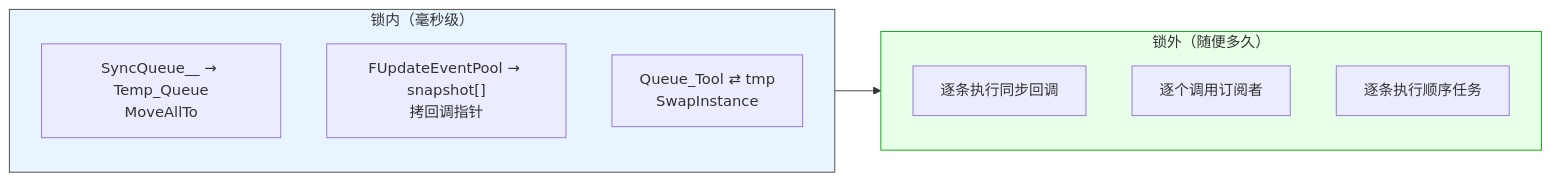
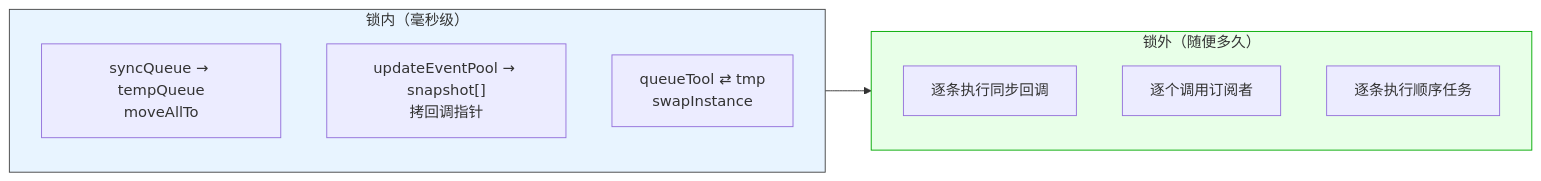
Before and after one commit to PassByYou888/LingoFuse: the diagram in doc/LF_SwapUnderLock.md, drawn with Mermaid. The commit also changed other lines of this file, not shown here.

````diff
--- a/doc/LF_SwapUnderLock.md
+++ b/doc/LF_SwapUnderLock.md
@@ -7,17 +7,17 @@
 ```mermaid
 flowchart LR
     subgraph Lock["锁内（毫秒级）"]
-        A1["SyncQueue__ → Temp_Queue<br/>MoveAllTo"]
-        A2["FUpdateEventPool → snapshot[]<br/>拷回调指针"]
-        A3["Queue_Tool ⇄ tmp<br/>SwapInstance"]
+        A1["syncQueue → tempQueue<br/>moveAllTo"]
+        A2["updateEventPool → snapshot[]<br/>拷回调指针"]
+        A3["queueTool ⇄ tmp<br/>swapInstance"]
     end
     subgraph Work["锁外（随便多久）"]
         B1["逐条执行同步回调"]
         B2["逐个调用订阅者"]
         B3["逐条执行顺序任务"]
     end
     Lock --> Work
 
     style Lock fill:#e8f4ff,stroke:#444
     style Work fill:#e8ffe8,stroke:#0a0
 ```
````
